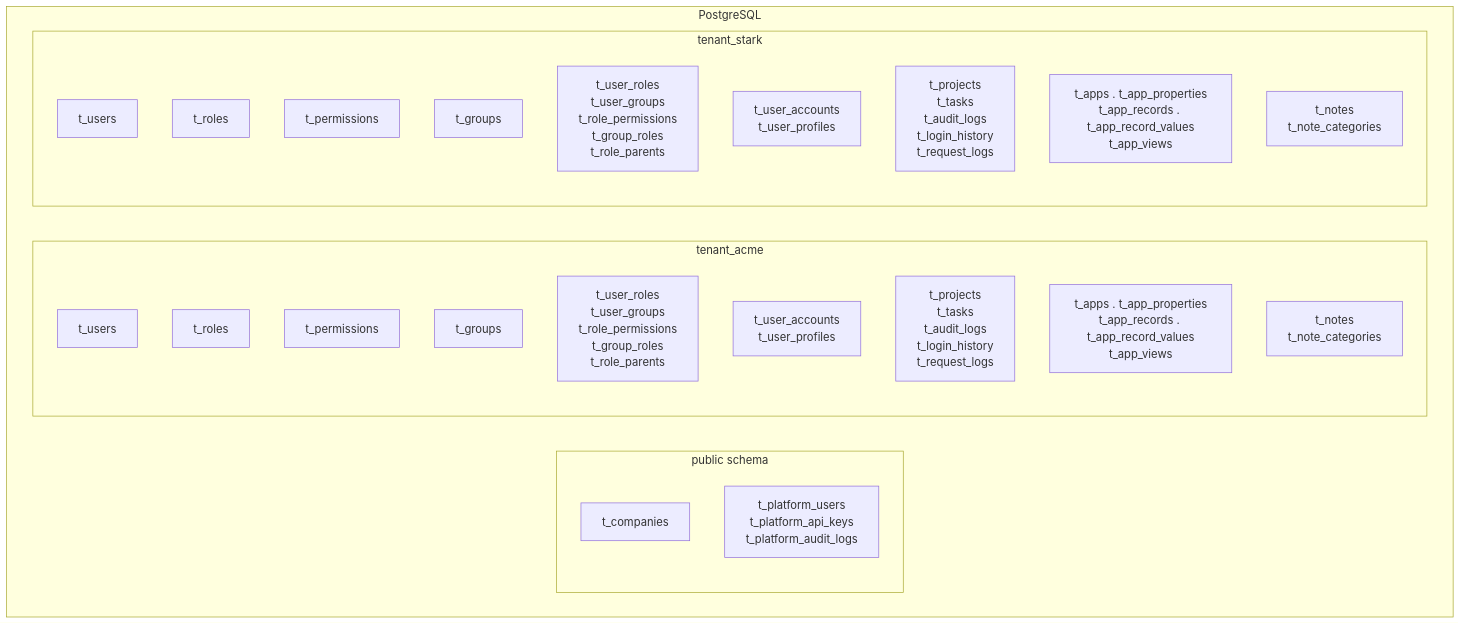
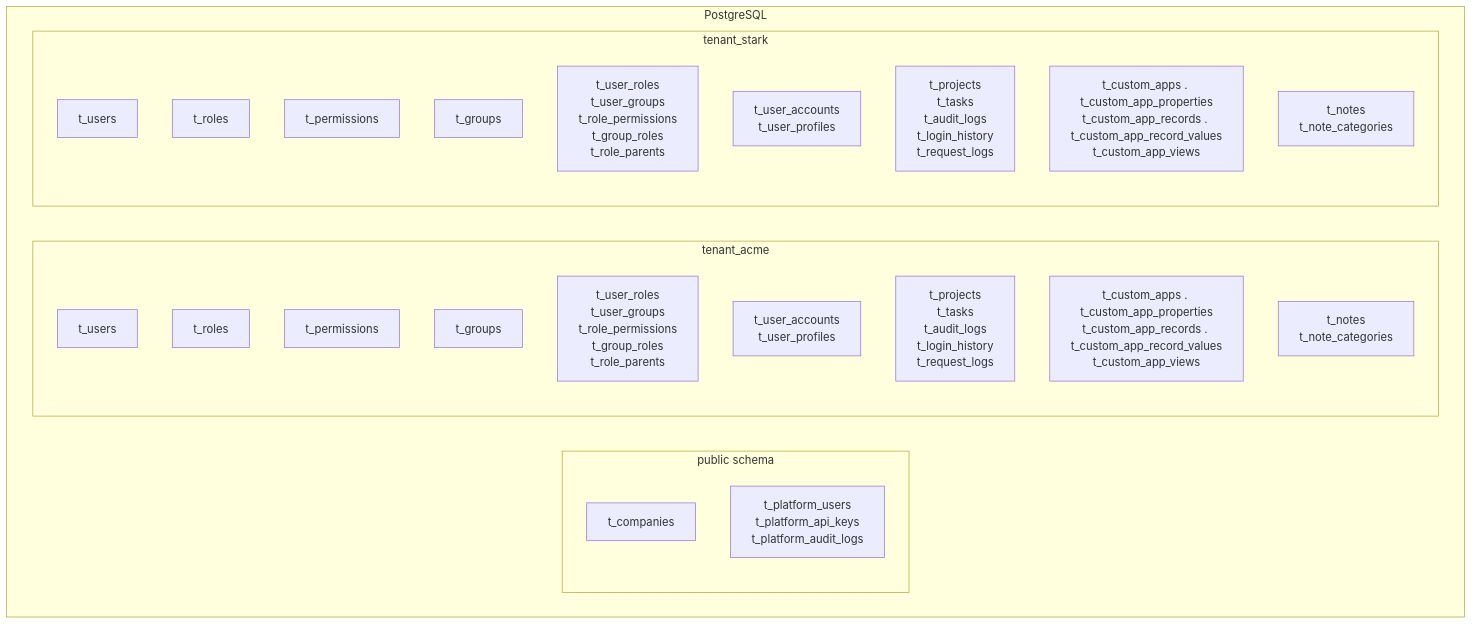
Before and after one commit to ibrhalil/forgesys: the fifth of 7 diagrams in docs/ARCHITECTURE.md, drawn with Mermaid. The commit also changed other lines of this file and 200 other files, not shown here.

````diff
--- a/docs/ARCHITECTURE.md
+++ b/docs/ARCHITECTURE.md
@@ -144,31 +144,31 @@
 ```mermaid
 flowchart TB
     subgraph PG[PostgreSQL]
         subgraph Public[public schema]
             TC[t_companies]
             TPU[t_platform_users<br/>t_platform_api_keys<br/>t_platform_audit_logs]
         end
         subgraph T1[tenant_acme]
             TU1[t_users]
             TR1[t_roles]
             TP1[t_permissions]
             TG1[t_groups]
             TJoin1[t_user_roles<br/>t_user_groups<br/>t_role_permissions<br/>t_group_roles<br/>t_role_parents]
             TAcc1[t_user_accounts<br/>t_user_profiles]
             TMod1[t_projects<br/>t_tasks<br/>t_audit_logs<br/>t_login_history<br/>t_request_logs]
-            TApps1[t_apps . t_app_properties<br/>t_app_records . t_app_record_values<br/>t_app_views]
+            TApps1[t_custom_apps . t_custom_app_properties<br/>t_custom_app_records . t_custom_app_record_values<br/>t_custom_app_views]
             TNotes1[t_notes<br/>t_note_categories]
         end
         subgraph T2[tenant_stark]
             TU2[t_users]
             TR2[t_roles]
             TP2[t_permissions]
             TG2[t_groups]
             TJoin2[t_user_roles<br/>t_user_groups<br/>t_role_permissions<br/>t_group_roles<br/>t_role_parents]
             TAcc2[t_user_accounts<br/>t_user_profiles]
             TMod2[t_projects<br/>t_tasks<br/>t_audit_logs<br/>t_login_history<br/>t_request_logs]
-            TApps2[t_apps . t_app_properties<br/>t_app_records . t_app_record_values<br/>t_app_views]
+            TApps2[t_custom_apps . t_custom_app_properties<br/>t_custom_app_records . t_custom_app_record_values<br/>t_custom_app_views]
             TNotes2[t_notes<br/>t_note_categories]
         end
     end
 ```
````
